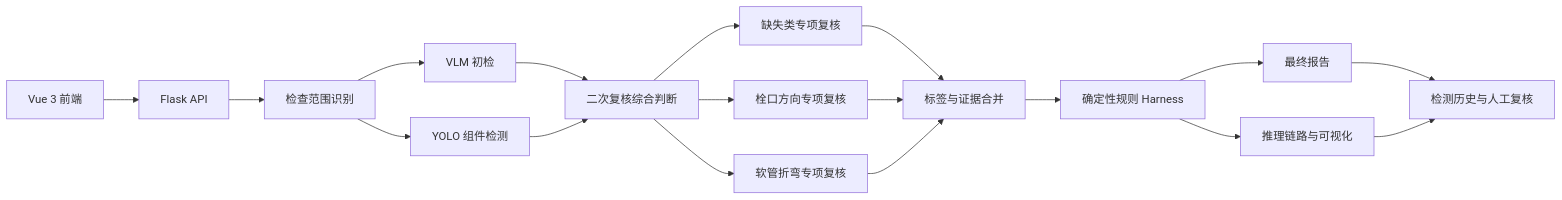
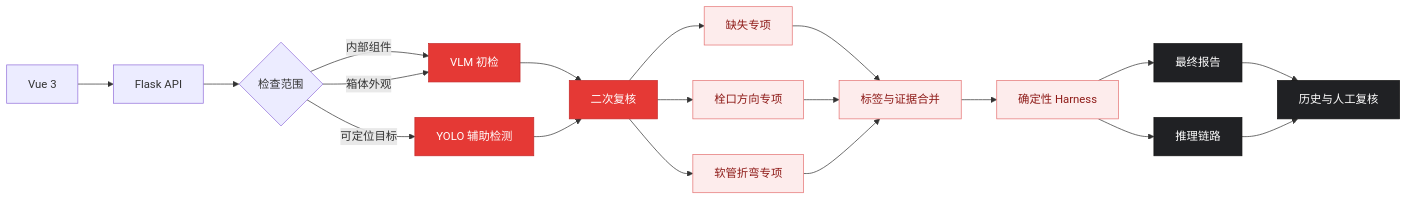
One commit to Chan-Developer/XFDemo changed the diagram in README.md. Above: the diagram before and after it, drawn with Mermaid. The commit also changed other lines of this file and 1 other file, not shown here.

````diff
--- a/README.md
+++ b/README.md
@@ -78,20 +128,34 @@
 ```mermaid
 flowchart LR
-    A["Vue 3 前端"] --> B["Flask API"]
-    B --> C["检查范围识别"]
-    C --> D["VLM 初检"]
-    C --> E["YOLO 组件检测"]
-    D --> F["二次复核综合判断"]
-    E --> F
-    F --> G["缺失类专项复核"]
-    F --> H["栓口方向专项复核"]
-    F --> I["软管折弯专项复核"]
-    G --> J["标签与证据合并"]
-    H --> J
-    I --> J
-    J --> K["确定性规则 Harness"]
-    K --> L["最终报告"]
-    K --> M["推理链路与可视化"]
-    L --> N["检测历史与人工复核"]
-    M --> N
+    UI["Vue 3"] --> API["Flask API"]
+    API --> SCOPE{"检查范围"}
+
+    SCOPE -->|内部组件| VLM["VLM 初检"]
+    SCOPE -->|箱体外观| VLM
+    SCOPE -->|可定位目标| YOLO["YOLO 辅助检测"]
+
+    VLM --> JUDGE["二次复核"]
+    YOLO --> JUDGE
+
+    JUDGE --> MISSING["缺失专项"]
+    JUDGE --> DIRECTION["栓口方向专项"]
+    JUDGE --> BEND["软管折弯专项"]
+
+    MISSING --> MERGE["标签与证据合并"]
+    DIRECTION --> MERGE
+    BEND --> MERGE
+
+    MERGE --> HARNESS["确定性 Harness"]
+    HARNESS --> REPORT["最终报告"]
+    HARNESS --> TRACE["推理链路"]
+
+    REPORT --> HISTORY["历史与人工复核"]
+    TRACE --> HISTORY
+
+    classDef primary fill:#E53935,color:#fff,stroke:#C62828;
+    classDef evidence fill:#FDECEC,color:#8E1B18,stroke:#E57373;
+    classDef output fill:#202124,color:#fff,stroke:#111;
+    class VLM,YOLO,JUDGE primary;
+    class MISSING,DIRECTION,BEND,MERGE,HARNESS evidence;
+    class REPORT,TRACE,HISTORY output;
 ```
````
